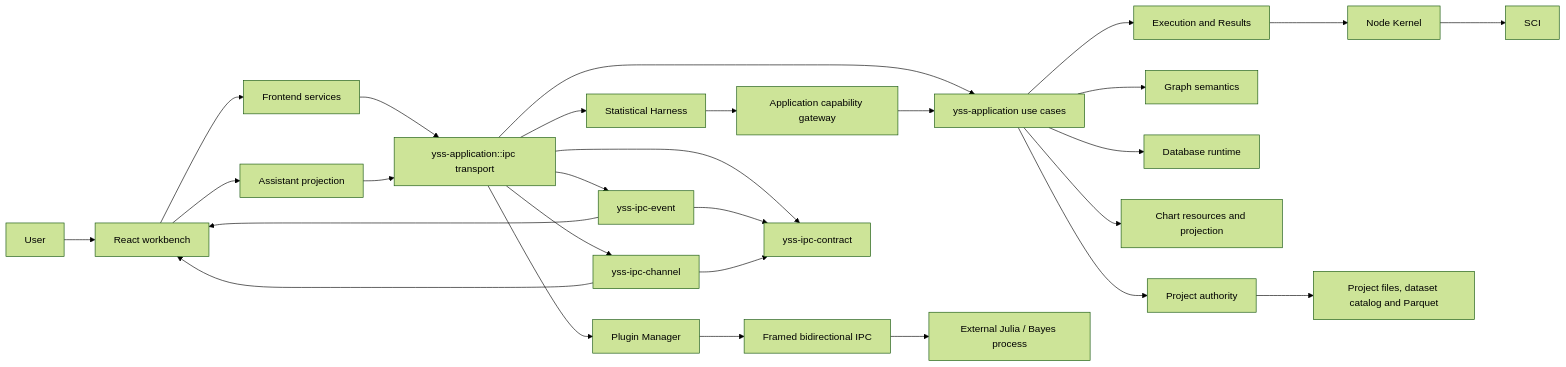
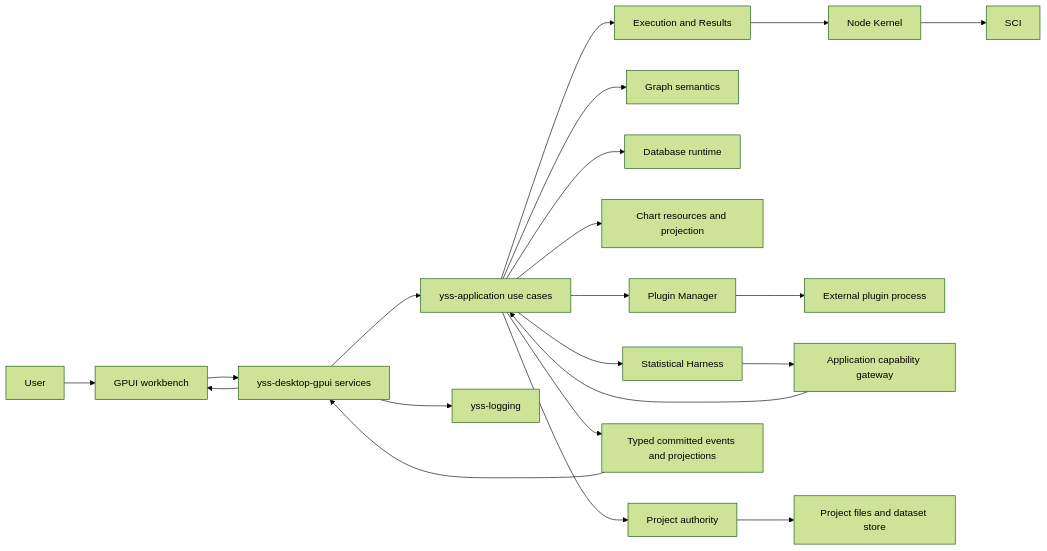
The diagram in docs/architecture/ARCHITECTURE.md (zhouyi207/YssBI), drawn with Mermaid (forest theme) before and after one commit. The commit also changed other lines of this file and 299 other files, not shown here.

First line of the commit message:
feat(gpui): expand native workbench and remove Tauri host

````diff
--- a/docs/architecture/ARCHITECTURE.md
+++ b/docs/architecture/ARCHITECTURE.md
@@ -10,30 +10,23 @@
 ```mermaid
 flowchart LR
-  USER[User] --> UI[React workbench]
-  UI --> SERVICES[Frontend services]
-  SERVICES --> API[yss-application::ipc transport]
-  API --> APP[yss-application use cases]
+  USER[User] --> UI[GPUI workbench]
+  UI --> NATIVE[yss-desktop-gpui services]
+  NATIVE --> APP[yss-application use cases]
   APP --> PROJECT[Project authority]
   APP --> GRAPH[Graph semantics]
   APP --> DATABASE[Database runtime]
   APP --> CHART[Chart resources and projection]
   APP --> EXECUTION[Execution and Results]
   EXECUTION --> KERNEL[Node Kernel]
   KERNEL --> SCI[SCI]
-  API --> PLUGINS[Plugin Manager]
-  PLUGINS --> IPC[Framed bidirectional IPC]
-  IPC --> EXT[External Julia / Bayes process]
-  UI --> HARNESSUI[Assistant projection]
-  HARNESSUI --> API
-  API --> HARNESS[Statistical Harness]
+  APP --> PLUGINS[Plugin Manager]
+  PLUGINS --> EXT[External plugin process]
+  APP --> HARNESS[Statistical Harness]
   HARNESS --> GATEWAY[Application capability gateway]
   GATEWAY --> APP
-  PROJECT --> STORAGE[Project files, dataset catalog and Parquet]
-  API --> EVENTS[yss-ipc-event]
-  API --> CHANNELS[yss-ipc-channel]
-  API --> WIRE[yss-ipc-contract]
-  EVENTS --> WIRE
-  CHANNELS --> WIRE
-  EVENTS --> UI
-  CHANNELS --> UI
+  PROJECT --> STORAGE[Project files and dataset store]
+  APP --> FACTS[Typed committed events and projections]
+  FACTS --> NATIVE
+  NATIVE --> UI
+  NATIVE --> LOGS[yss-logging]
 ```
````
